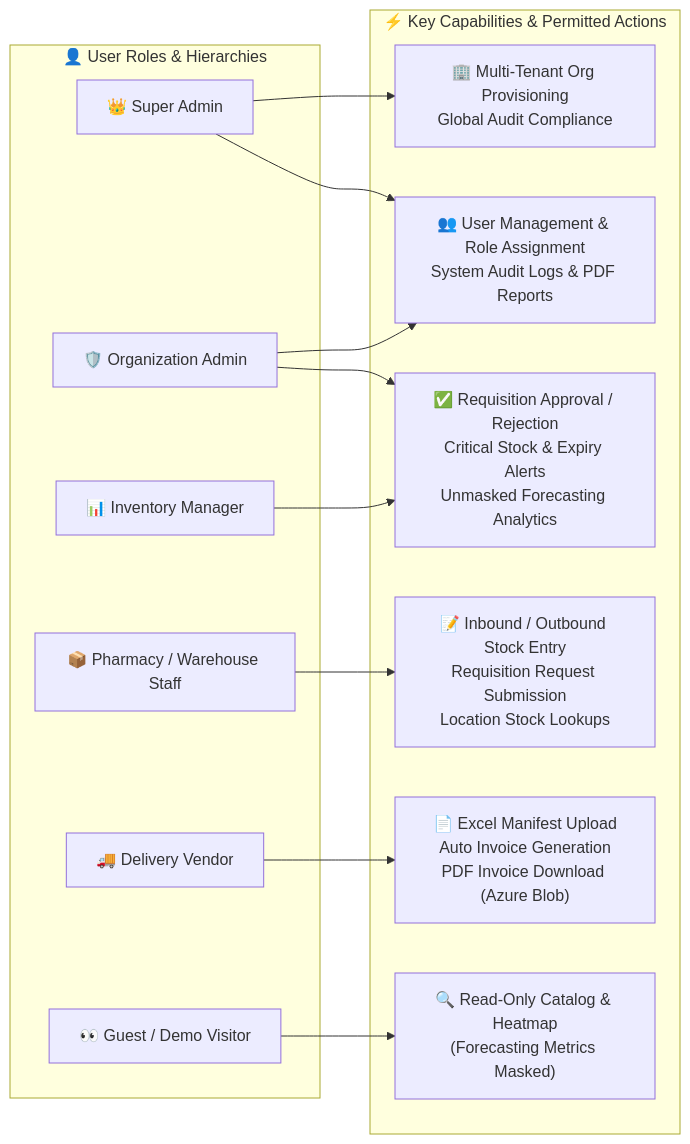
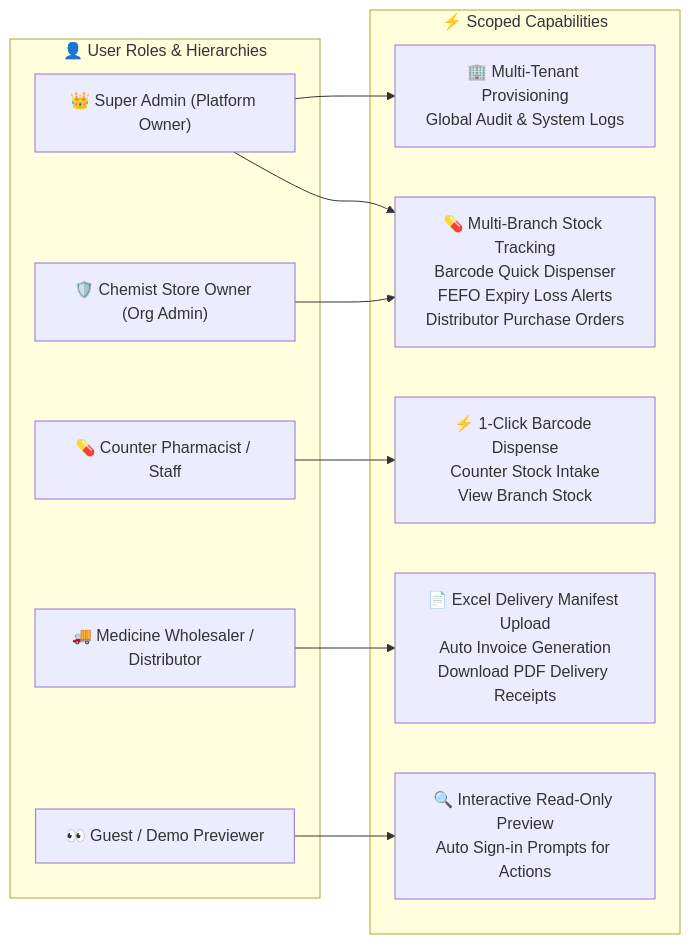
One commit to Rohitdas07x/inVIQ changed the fourth of 4 diagrams in README.md. Above: the diagram before and after it, drawn with Mermaid. The commit also changed other lines of this file and 4 other files, not shown here.

Commit message:
docs: update system architecture, HLD, API specifications and project documentation for InvIQ smart pharmacy platform

````diff
--- a/README.md
+++ b/README.md
@@ -219,29 +280,25 @@
 ```mermaid
 graph LR
     subgraph Roles["👤 User Roles & Hierarchies"]
-        SuperAdmin["👑 Super Admin"]
-        Admin["🛡️ Organization Admin"]
-        Manager["📊 Inventory Manager"]
-        Staff["📦 Pharmacy / Warehouse Staff"]
-        Vendor["🚚 Delivery Vendor"]
-        Guest["👀 Guest / Demo Visitor"]
+        SuperAdmin["👑 Super Admin (Platform Owner)"]
+        Admin["🛡️ Chemist Store Owner (Org Admin)"]
+        Staff["💊 Counter Pharmacist / Staff"]
+        Vendor["🚚 Medicine Wholesaler / Distributor"]
+        Guest["👀 Guest / Demo Previewer"]
     end
 
-    subgraph Permissions["⚡ Key Capabilities & Permitted Actions"]
-        TenantMgmt["🏢 Multi-Tenant Org Provisioning<br/>Global Audit Compliance"]
-        UserMgmt["👥 User Management & Role Assignment<br/>System Audit Logs & PDF Reports"]
-        ApprovalMgmt["✅ Requisition Approval / Rejection<br/>Critical Stock & Expiry Alerts<br/>Unmasked Forecasting Analytics"]
-        StockOps["📝 Inbound / Outbound Stock Entry<br/>Requisition Request Submission<br/>Location Stock Lookups"]
-        ManifestUpload["📄 Excel Manifest Upload<br/>Auto Invoice Generation<br/>PDF Invoice Download (Azure Blob)"]
-        ReadOnlyExplore["🔍 Read-Only Catalog & Heatmap<br/>(Forecasting Metrics Masked)"]
+    subgraph Capabilities["⚡ Scoped Capabilities"]
+        PlatformOps["🏢 Multi-Tenant Provisioning<br/>Global Audit & System Logs"]
+        StoreMgmt["💊 Multi-Branch Stock Tracking<br/>Barcode Quick Dispenser<br/>FEFO Expiry Loss Alerts<br/>Distributor Purchase Orders"]
+        StaffOps["⚡ 1-Click Barcode Dispense<br/>Counter Stock Intake<br/>View Branch Stock"]
+        VendorOps["📄 Excel Delivery Manifest Upload<br/>Auto Invoice Generation<br/>Download PDF Delivery Receipts"]
+        DemoMode["🔍 Interactive Read-Only Preview<br/>Auto Sign-in Prompts for Actions"]
     end
 
-    SuperAdmin --> TenantMgmt
-    SuperAdmin --> UserMgmt
-    Admin --> UserMgmt
-    Admin --> ApprovalMgmt
-    Manager --> ApprovalMgmt
-    Staff --> StockOps
-    Vendor --> ManifestUpload
-    Guest --> ReadOnlyExplore
+    SuperAdmin --> PlatformOps
+    SuperAdmin --> StoreMgmt
+    Admin --> StoreMgmt
+    Staff --> StaffOps
+    Vendor --> VendorOps
+    Guest --> DemoMode
 ```
````
